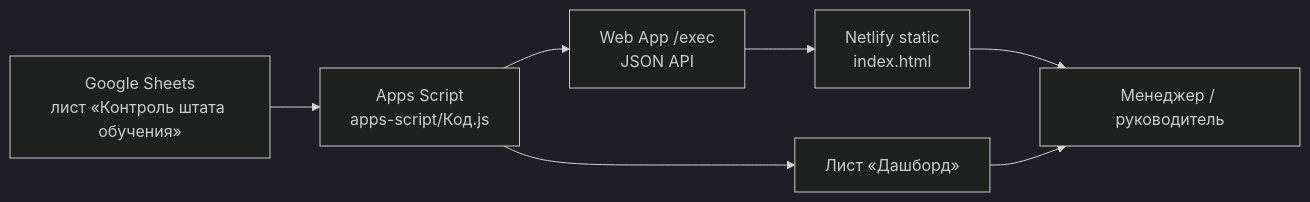
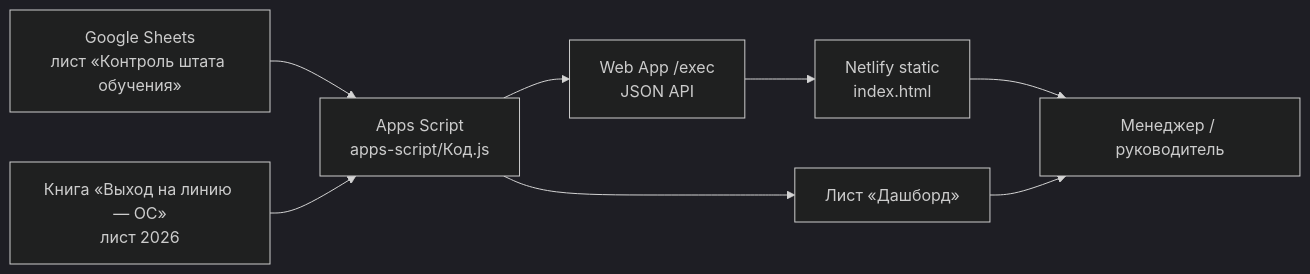
Before and after one commit to Sunrocketz/training-dashboard: the diagram in docs/Architecture.md, drawn with Mermaid (dark theme). The commit also changed other lines of this file and 12 other files, not shown here.

````diff
--- a/docs/Architecture.md
+++ b/docs/Architecture.md
@@ -9,16 +9,18 @@
 ```mermaid
 flowchart LR
   Sheets["Google Sheets\nлист «Контроль штата обучения»"]
+  LineOS["Книга «Выход на линию — ОС»\nлист 2026"]
   GAS["Apps Script\napps-script/Код.js"]
   DashSheet["Лист «Дашборд»"]
   Exec["Web App /exec\nJSON API"]
   UI["Netlify static\nindex.html"]
   User["Менеджер / руководитель"]
 
   Sheets --> GAS
+  LineOS --> GAS
   GAS --> DashSheet
   GAS --> Exec
   Exec --> UI
   UI --> User
   DashSheet --> User
 ```
````
